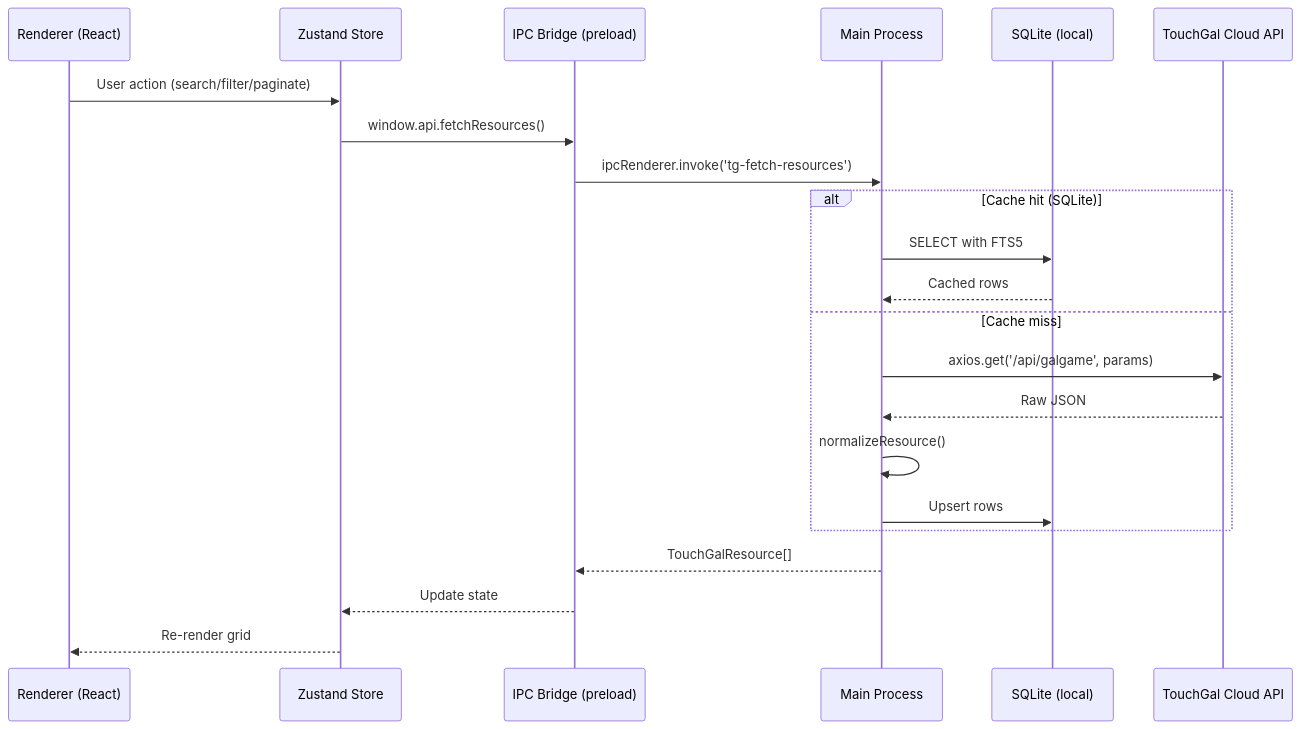
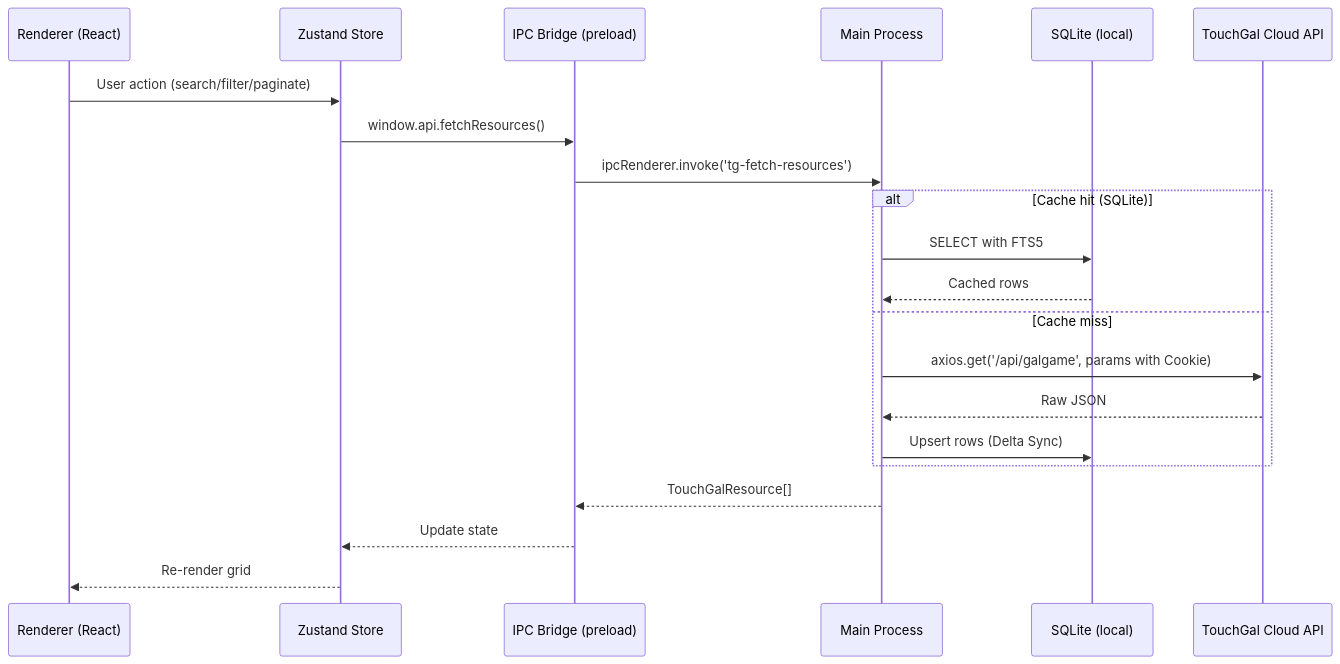
Before and after one commit to MeikoMei16/touchgal-local-manager: the diagram in docs/architecture.md, drawn with Mermaid. The commit also changed other lines of this file and 16 other files, not shown here.

````diff
--- a/docs/architecture.md
+++ b/docs/architecture.md
@@ -45,27 +37,26 @@
 ```mermaid
 sequenceDiagram
     participant R as Renderer (React)
     participant S as Zustand Store
     participant B as IPC Bridge (preload)
     participant M as Main Process
     participant DB as SQLite (local)
     participant A as TouchGal Cloud API
 
     R->>S: User action (search/filter/paginate)
     S->>B: window.api.fetchResources()
     B->>M: ipcRenderer.invoke('tg-fetch-resources')
 
     alt Cache hit (SQLite)
         M->>DB: SELECT with FTS5
         DB-->>M: Cached rows
     else Cache miss
-        M->>A: axios.get('/api/galgame', params)
+        M->>A: axios.get('/api/galgame', params with Cookie)
         A-->>M: Raw JSON
-        M->>M: normalizeResource()
-        M->>DB: Upsert rows
+        M->>DB: Upsert rows (Delta Sync)
     end
 
     M-->>B: TouchGalResource[]
     B-->>S: Update state
     S-->>R: Re-render grid
 ```
````
